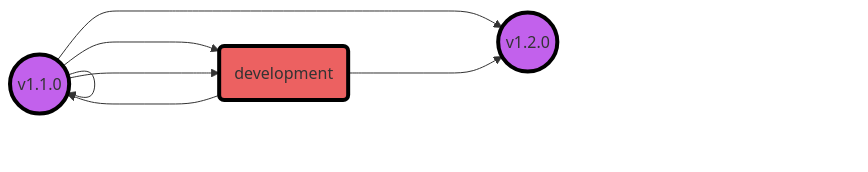
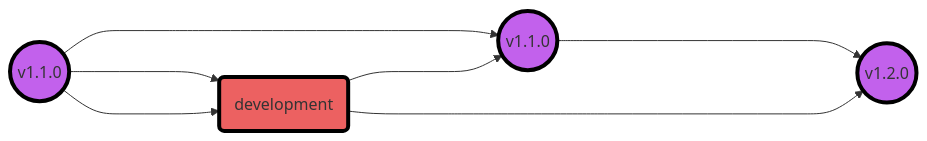
One commit to MateuSanta/Practica5 changed the diagram in README.md. Above: the diagram before and after it, drawn with Mermaid.

````diff
--- a/README.md
+++ b/README.md
@@ -11,19 +11,21 @@
  ```mermaid
     graph LR;
-        master((v1.0.0))------->master((v1.1.0))
+        master((v1.0.0))------->master1((v1.1.0))
         master((v1.0.0))---->development(development)
-        development(development)---->master((v1.1.0))
+        development(development)---->master1((v1.1.0))
+        
+        master1((v1.1.0))------->masterfinal((v1.2.0))
         master((v1.1.0))---->development(development)
-        master((v1.1.0))------->masterfinal((v1.2.0))
         development(development)---->masterfinal((v1.2.0))
     
     classDef purple fill:#C261EC ,stroke: black,stroke-width:4px
     classDef red fill:#EC6161 ,stroke: black,stroke-width:4px
 
     class master purple
+    class master1 purple
     class masterfinal purple
     class development red
     
         
     
 ```
````
